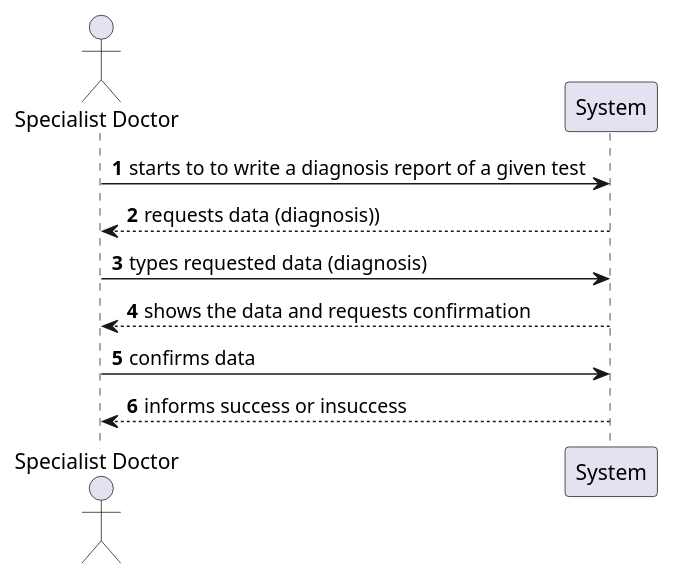
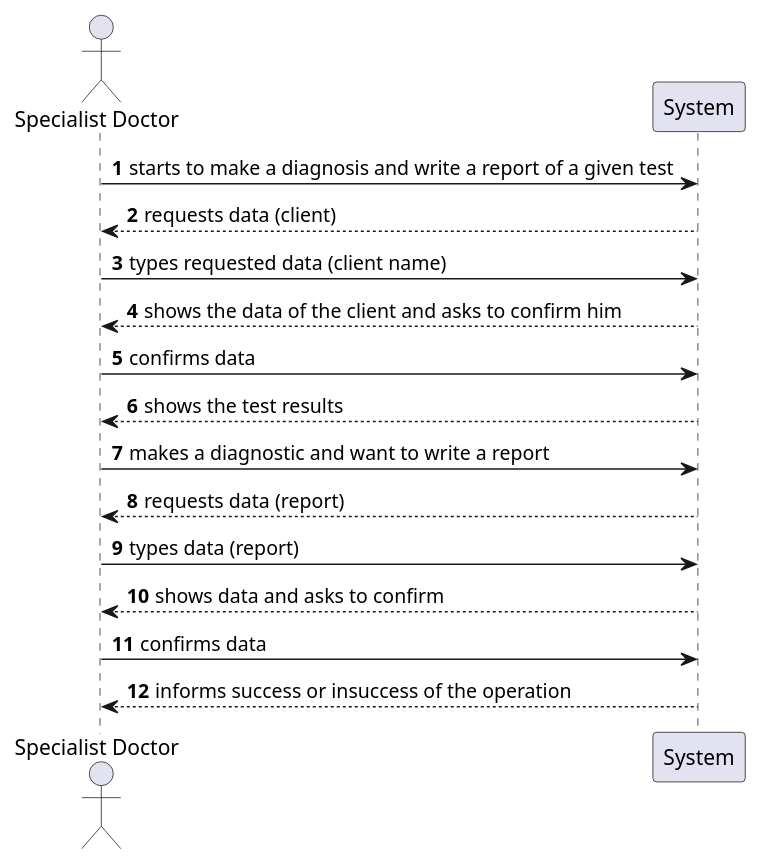
One commit to jsmarques98/LAPR2-ISEP changed the diagram in docs/SprintC/US14/US14_SSD.puml. Above: the diagram before and after it, drawn with PlantUML. The commit also changed 2 other files, not shown here.

```diff
--- a/docs/SprintC/US14/US14_SSD.puml
+++ b/docs/SprintC/US14/US14_SSD.puml
@@ -1,16 +1,25 @@
 @startuml
 'https://plantuml.com/sequence-diagram
 
 autonumber
 
 actor  "Specialist Doctor" as Spec
 
-Spec -> System: starts to to write a diagnosis report of a given test
-System --> Spec: requests data (diagnosis))
+Spec -> System: starts to make a diagnosis and write a report of a given test
+System --> Spec: requests data (client)
 
-Spec -> System: types requested data (diagnosis)
-System --> Spec: shows the data and requests confirmation
+Spec -> System: types requested data (client name)
+System --> Spec: shows the data of the client and asks to confirm him
 
 Spec -> System: confirms data
-System --> Spec: informs success or insuccess
+System --> Spec: shows the test results
+
+Spec -> System: makes a diagnostic and want to write a report
+System --> Spec: requests data (report)
+
+Spec -> System: types data (report)
+System --> Spec: shows data and asks to confirm
+
+Spec -> System: confirms data
+System --> Spec: informs success or insuccess of the operation
 @enduml
```
